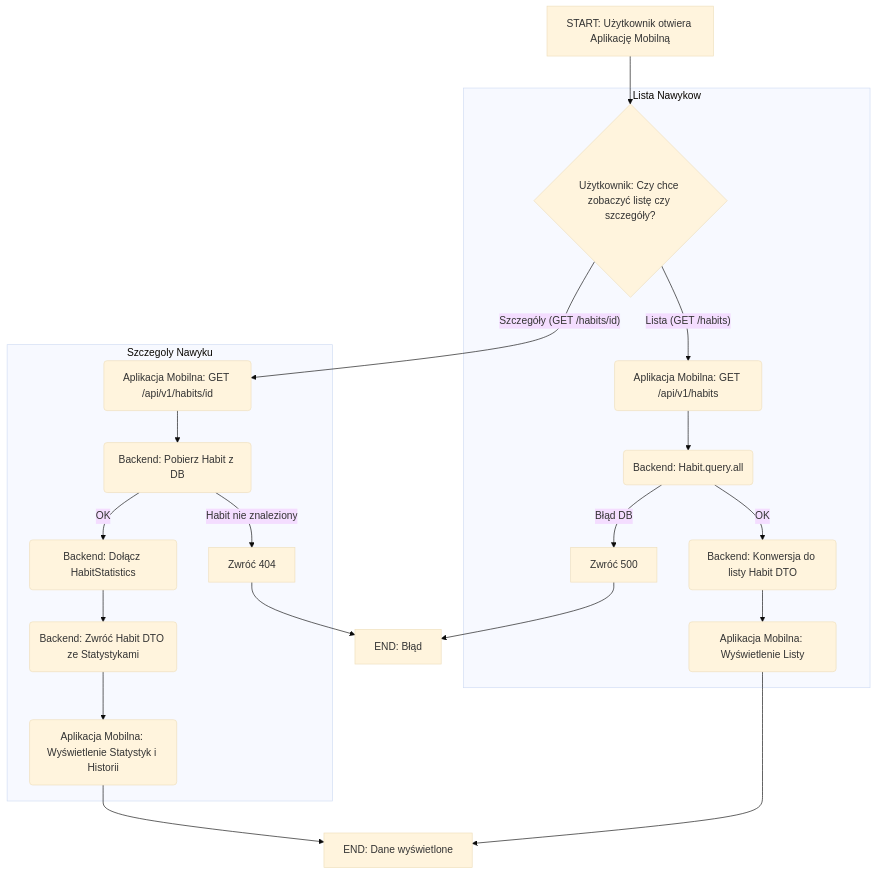
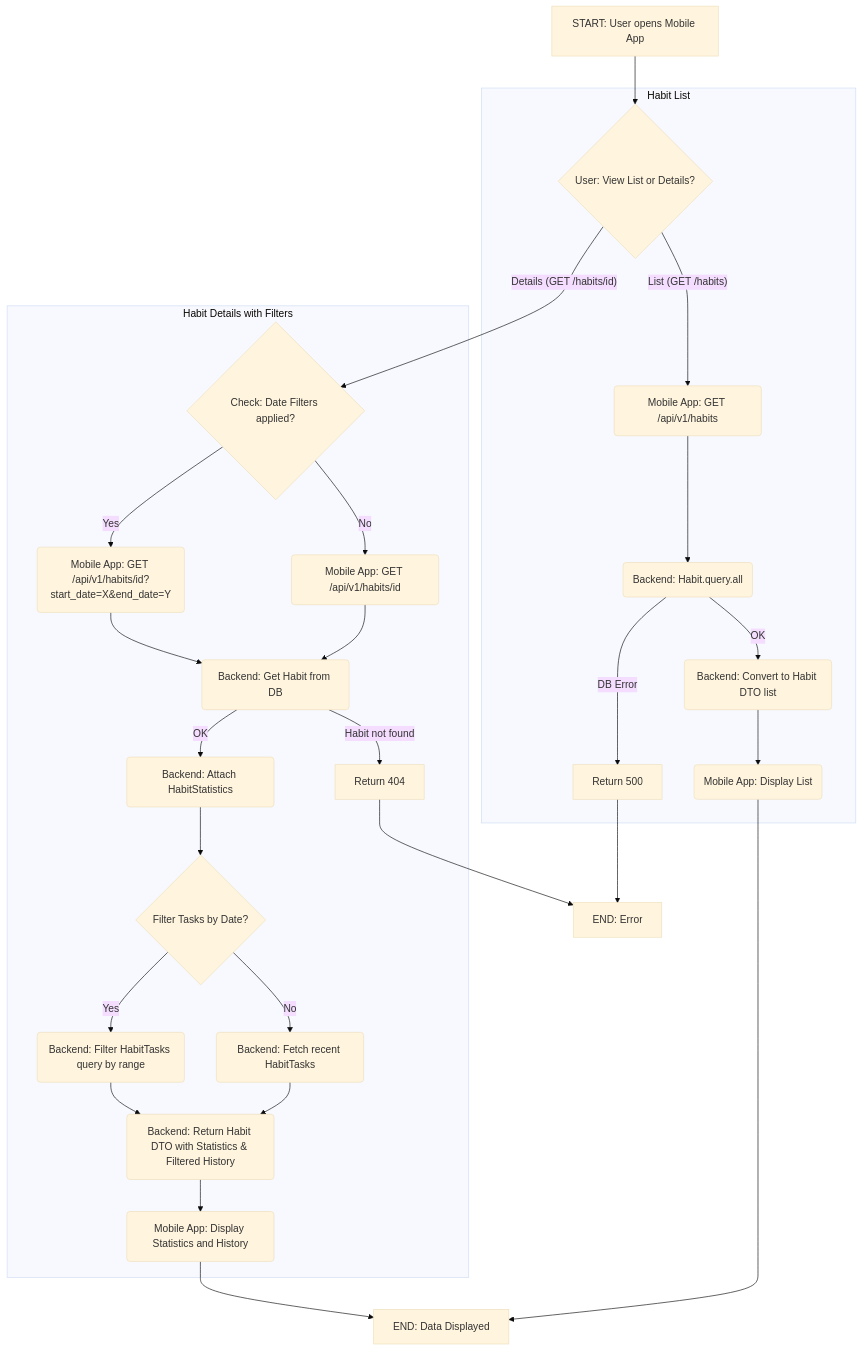
The third of 3 diagrams in README.md (kurs0n/HabCube), drawn with Mermaid (base theme) before and after one commit. The commit also changed other lines of this file, not shown here.

````diff
--- a/README.md
+++ b/README.md
@@ -304,26 +312,39 @@
 ```mermaid
 graph TD
-    A[START: Użytkownik otwiera Aplikację Mobilną] --> B{Użytkownik: Czy chce zobaczyć listę czy szczegóły?};
+    A[START: User opens Mobile App] --> B{User: View List or Details?};
 
-    subgraph Lista Nawykow
-        B -- Lista (GET /habits) --> B1(Aplikacja Mobilna: GET /api/v1/habits);
+    subgraph Habit List
+        B -- List (GET /habits) --> B1(Mobile App: GET /api/v1/habits);
         B1 --> B2(Backend: Habit.query.all);
-        B2 -- Błąd DB --> Z500_G[Zwróć 500];
-        B2 -- OK --> B3(Backend: Konwersja do listy Habit DTO);
-        B3 --> B4(Aplikacja Mobilna: Wyświetlenie Listy);
+        B2 -- DB Error --> Z500_G[Return 500];
+        B2 -- OK --> B3(Backend: Convert to Habit DTO list);
+        B3 --> B4(Mobile App: Display List);
     end
 
-    subgraph Szczegoly Nawyku
-        B -- Szczegóły (GET /habits/id) --> C1(Aplikacja Mobilna: GET /api/v1/habits/id);
-        C1 --> C2(Backend: Pobierz Habit z DB);
-        C2 -- Habit nie znaleziony --> Z404_G[Zwróć 404];
-        C2 -- OK --> C3(Backend: Dołącz HabitStatistics);
-        C3 --> C4(Backend: Zwróć Habit DTO ze Statystykami);
-        C4 --> C5(Aplikacja Mobilna: Wyświetlenie Statystyk i Historii);
+    subgraph Habit Details with Filters
+        B -- Details (GET /habits/id) --> C0{Check: Date Filters applied?};
+        
+        C0 -- Yes --> C1_F(Mobile App: GET /api/v1/habits/id?start_date=X&end_date=Y);
+        C0 -- No --> C1(Mobile App: GET /api/v1/habits/id);
+        
+        C1_F --> C2(Backend: Get Habit from DB);
+        C1 --> C2;
+
+        C2 -- Habit not found --> Z404_G[Return 404];
+        C2 -- OK --> C3(Backend: Attach HabitStatistics);
+        
+        C3 --> C3_A{Filter Tasks by Date?};
+        C3_A -- Yes --> C3_B(Backend: Filter HabitTasks query by range);
+        C3_A -- No --> C3_C(Backend: Fetch recent HabitTasks);
+        
+        C3_B --> C4(Backend: Return Habit DTO with Statistics & Filtered History);
+        C3_C --> C4;
+        
+        C4 --> C5(Mobile App: Display Statistics and History);
     end
 
-    C5 --> K[END: Dane wyświetlone];
+    C5 --> K[END: Data Displayed];
     B4 --> K;
-    Z500_G --> K_E[END: Błąd];
+    Z500_G --> K_E[END: Error];
     Z404_G --> K_E;
 ```
````
